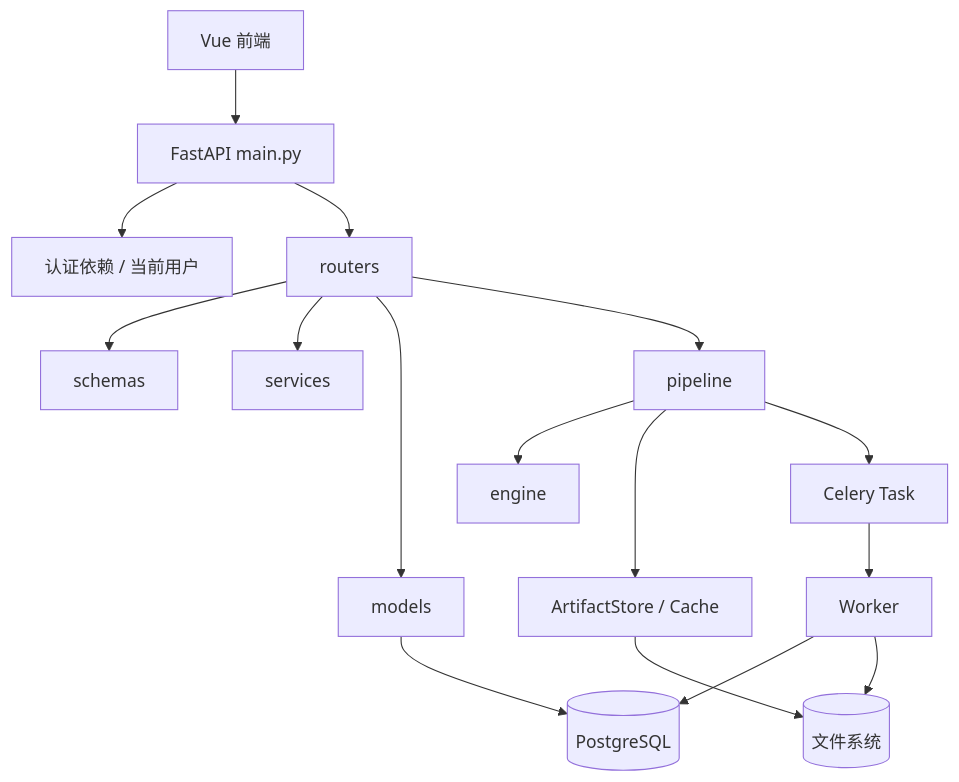
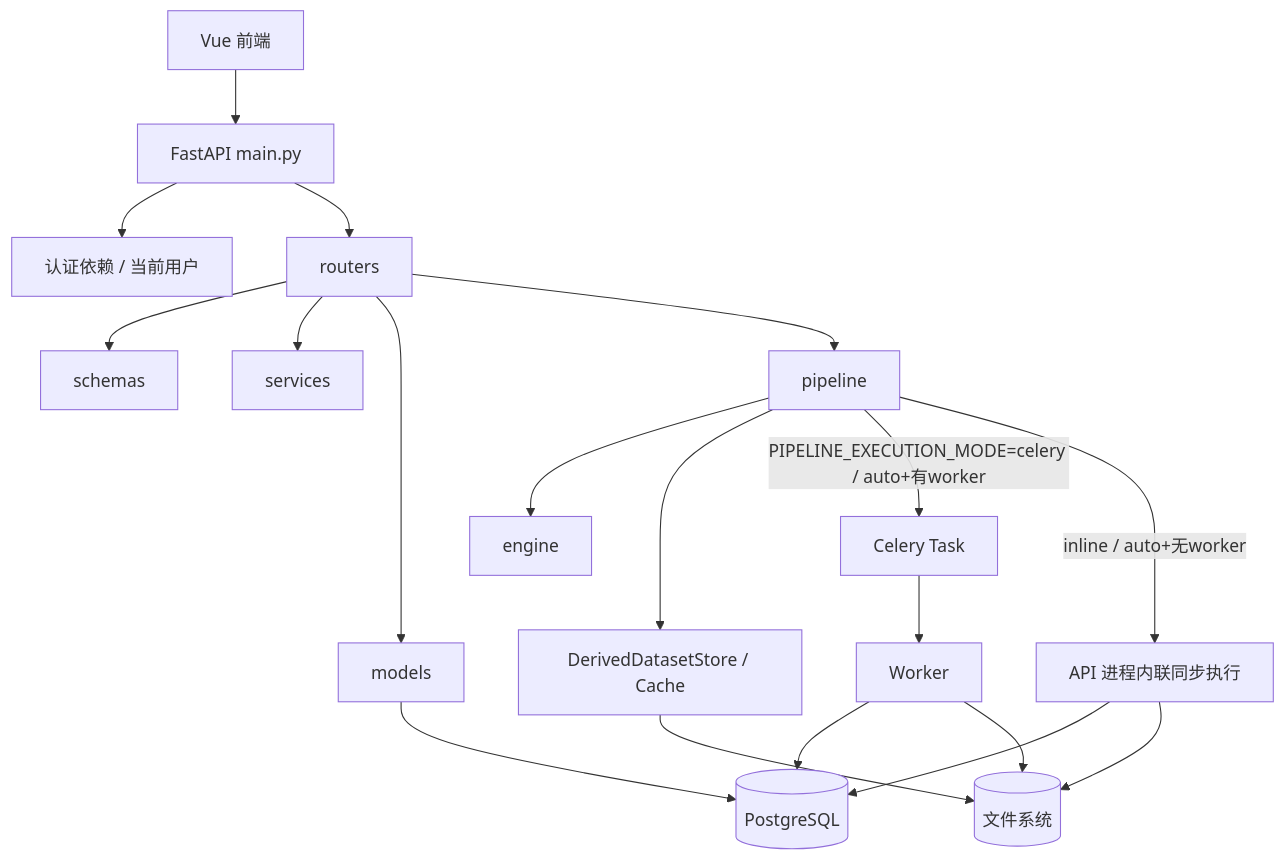
Before and after one commit to NoraJinxy/Niantong_GH_version: the diagram in wiki/docs/7-00-后端架构总览.md, drawn with Mermaid. The commit also changed other lines of this file and 19 other files, not shown here.

````diff
--- a/wiki/docs/7-00-后端架构总览.md
+++ b/wiki/docs/7-00-后端架构总览.md
@@ -45,18 +45,21 @@
 ```mermaid
 flowchart TB
   FE[Vue 前端] --> API[FastAPI main.py]
   API --> Auth[认证依赖 / 当前用户]
   API --> Router[routers]
   Router --> Schema[schemas]
   Router --> Service[services]
   Router --> Model[models]
   Model --> DB[(PostgreSQL)]
   Router --> Pipeline[pipeline]
   Pipeline --> Engine[engine]
-  Pipeline --> Artifact[ArtifactStore / Cache]
+  Pipeline --> Artifact[DerivedDatasetStore / Cache]
   Artifact --> FS[(文件系统)]
-  Pipeline --> Task[Celery Task]
+  Pipeline -->|PIPELINE_EXECUTION_MODE=celery / auto+有worker| Task[Celery Task]
+  Pipeline -->|inline / auto+无worker| Inline[API 进程内联同步执行]
   Task --> Worker[Worker]
   Worker --> DB
   Worker --> FS
+  Inline --> DB
+  Inline --> FS
 ```
````
